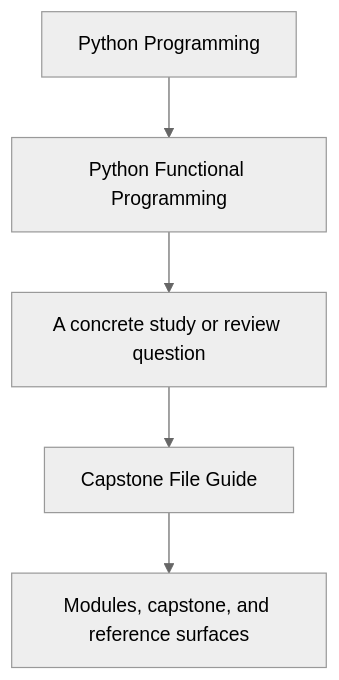
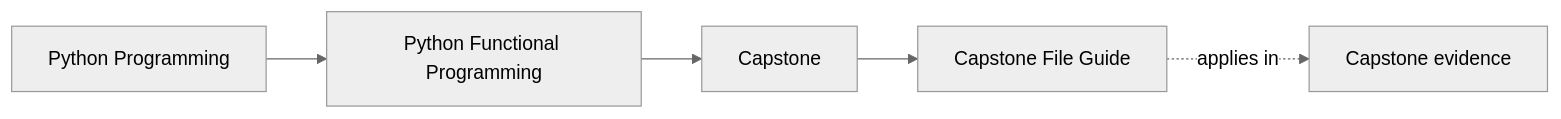
The first of 2 diagrams in programs/python-programming/python-functional-programming/course-book/capstone/capstone-file-guide.md (bijux/bijux-masterclass), drawn with Mermaid (neutral theme) before and after one commit. The commit also changed other lines of this file and 108 other files, not shown here.

Commit message:
docs(python-functional-programming): map capstone and advanced design surfaces

````diff
--- a/programs/python-programming/python-functional-programming/course-book/capstone/capstone-file-guide.md
+++ b/programs/python-programming/python-functional-programming/course-book/capstone/capstone-file-guide.md
@@ -7,7 +7,11 @@
 ```mermaid
-flowchart TD
-  family["Python Programming"] --> program["Python Functional Programming"]
-  program --> pressure["A concrete study or review question"]
-  pressure --> guide["Capstone File Guide"]
-  guide --> next["Modules, capstone, and reference surfaces"]
+graph LR
+  family["Python Programming"]
+  program["Python Functional Programming"]
+  section["Capstone"]
+  page["Capstone File Guide"]
+  capstone["Capstone evidence"]
+
+  family --> program --> section --> page
+  page -.applies in.-> capstone
 ```
````
